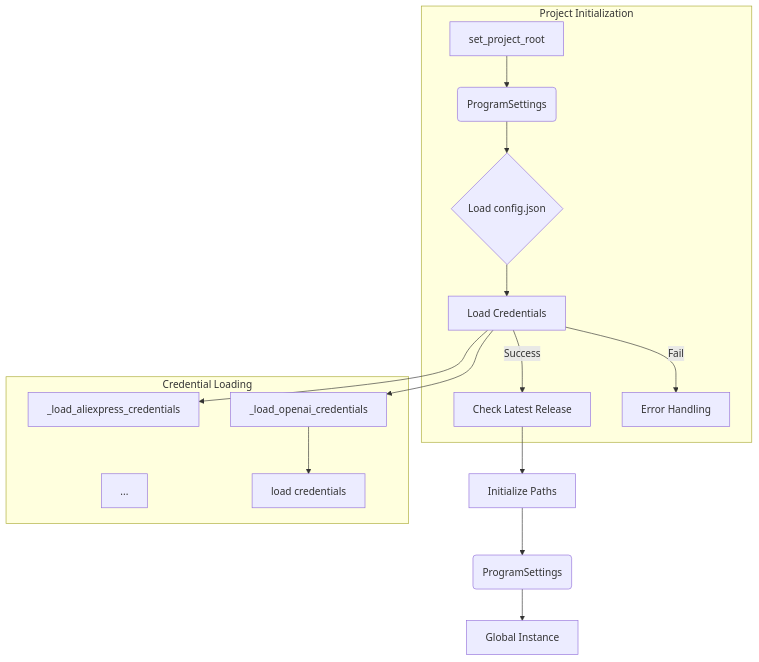
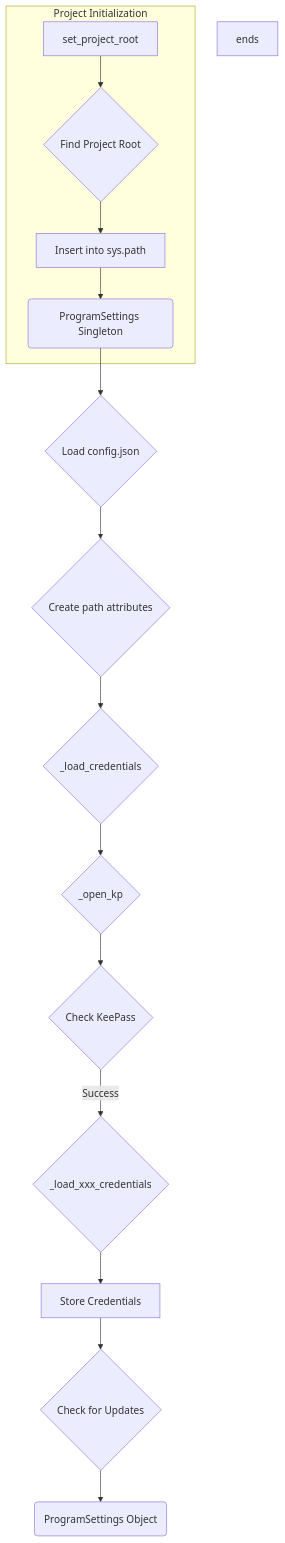
The diagram in docs/gemini/en/explainer/src/credentials.md (hypo69/hypo), drawn with Mermaid before and after one commit. The commit also changed other lines of this file and 2939 other files, not shown here.

````diff
--- a/docs/gemini/en/explainer/src/credentials.md
+++ b/docs/gemini/en/explainer/src/credentials.md
@@ -77,19 +76,19 @@
 ```mermaid
 graph TD
     subgraph Project Initialization
-        A[set_project_root] --> B(ProgramSettings);
-        B --> C{Load config.json};
-        C --> D[Load Credentials];
-        D -- Success --> E[Check Latest Release];
-        D -- Fail --> F[Error Handling];
+        A[set_project_root] --> B{Find Project Root};
+        B --> C[Insert into sys.path];
+        C --> D(ProgramSettings Singleton);
     end
-    E --> G[Initialize Paths];
-    G --> H(ProgramSettings);
-    H --> I[Global Instance];
-    subgraph Credential Loading
-        D --> J[_load_aliexpress_credentials];
-        D --> K[_load_openai_credentials];
-        ...
-        K --> L[load credentials];
-    end
+    D --> E{Load config.json};
+    E --> F{Create path attributes};
+    F --> G{_load_credentials};
+    G --> H{_open_kp};
+    H --> I{Check KeePass};
+    I --Success--> J{_load_xxx_credentials};
+    J --> K[Store Credentials];
+    K --> L{Check for Updates};
+    L --> M(ProgramSettings Object);
+ends
+
 ```
````
